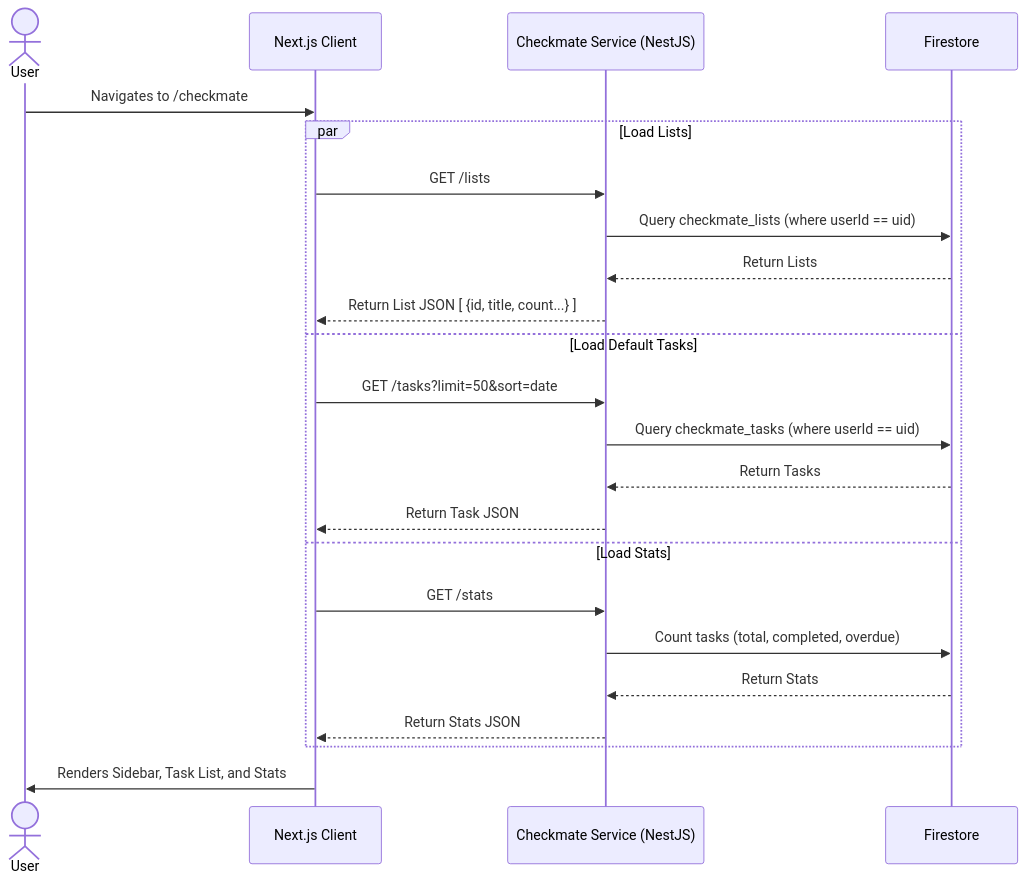
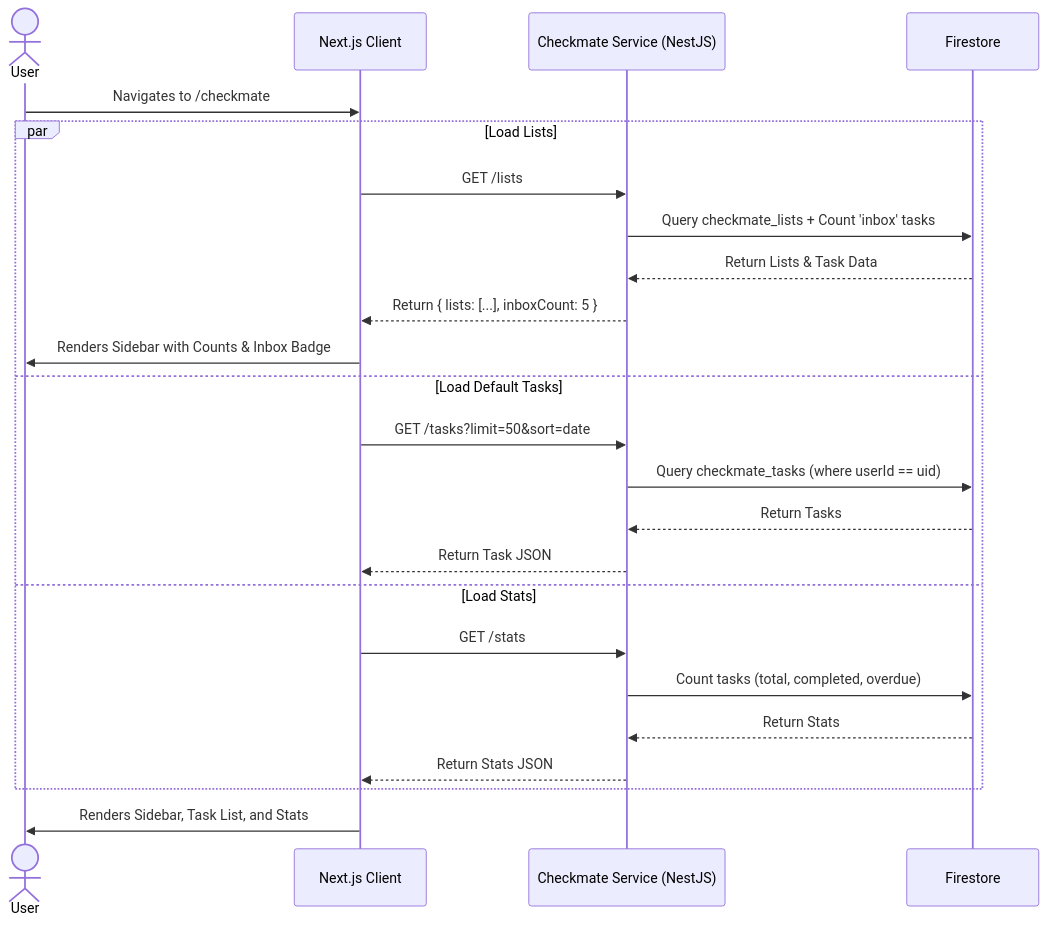
Before and after one commit to t2tse/gcr-agentic: the first of 6 diagrams in checkmate-design.md, drawn with Mermaid. The commit also changed other lines of this file, not shown here.

Commit message:
Add List Management user journey and requirements

````diff
--- a/checkmate-design.md
+++ b/checkmate-design.md
@@ -61,28 +77,29 @@
 ```mermaid
 sequenceDiagram
     actor User
     participant Frontend as Next.js Client
     participant API as Checkmate Service (NestJS)
     participant DB as Firestore
     
     User->>Frontend: Navigates to /checkmate
     
     par Load Lists
         Frontend->>API: GET /lists
-        API->>DB: Query checkmate_lists (where userId == uid)
-        DB-->>API: Return Lists
-        API-->>Frontend: Return List JSON [ {id, title, count...} ]
+        API->>DB: Query checkmate_lists + Count 'inbox' tasks
+        DB-->>API: Return Lists & Task Data
+        API-->>Frontend: Return { lists: [...], inboxCount: 5 }
+        Frontend->>User: Renders Sidebar with Counts & Inbox Badge
     and Load Default Tasks
         Frontend->>API: GET /tasks?limit=50&sort=date
         API->>DB: Query checkmate_tasks (where userId == uid)
         DB-->>API: Return Tasks
         API-->>Frontend: Return Task JSON
     and Load Stats
         Frontend->>API: GET /stats
         API->>DB: Count tasks (total, completed, overdue)
         DB-->>API: Return Stats
         API-->>Frontend: Return Stats JSON
     end
     
     Frontend->>User: Renders Sidebar, Task List, and Stats
 ```
````
